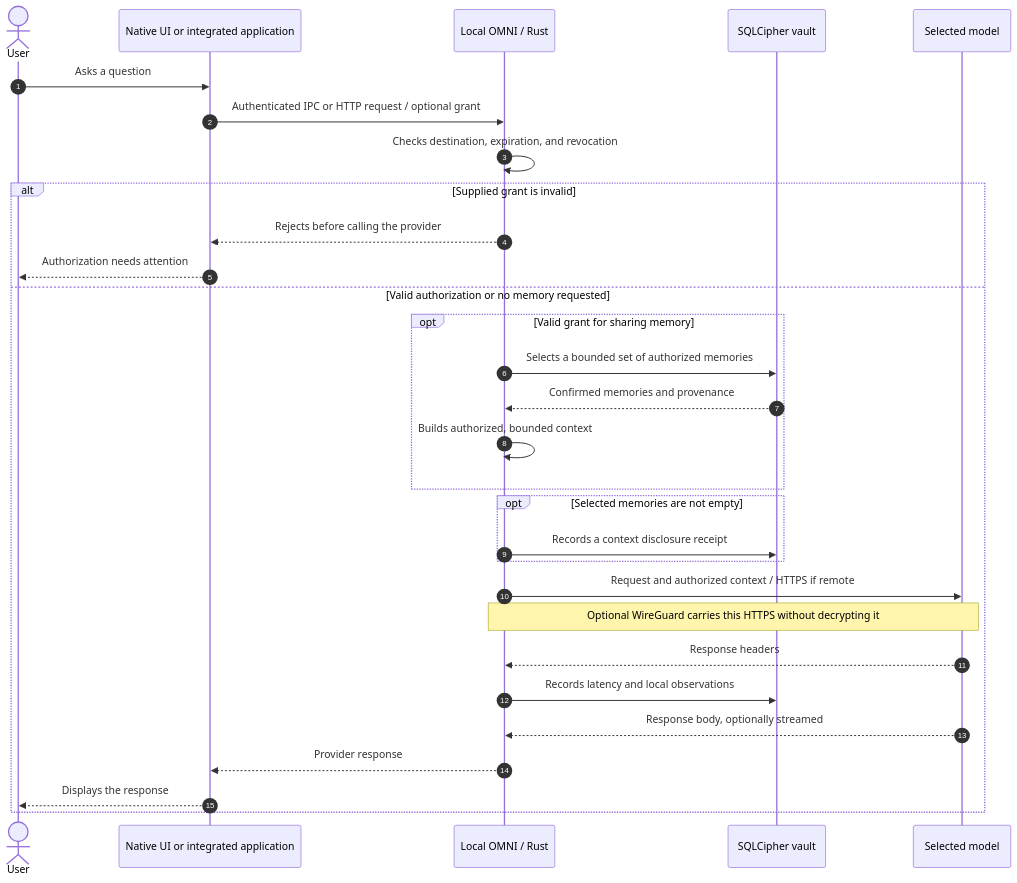
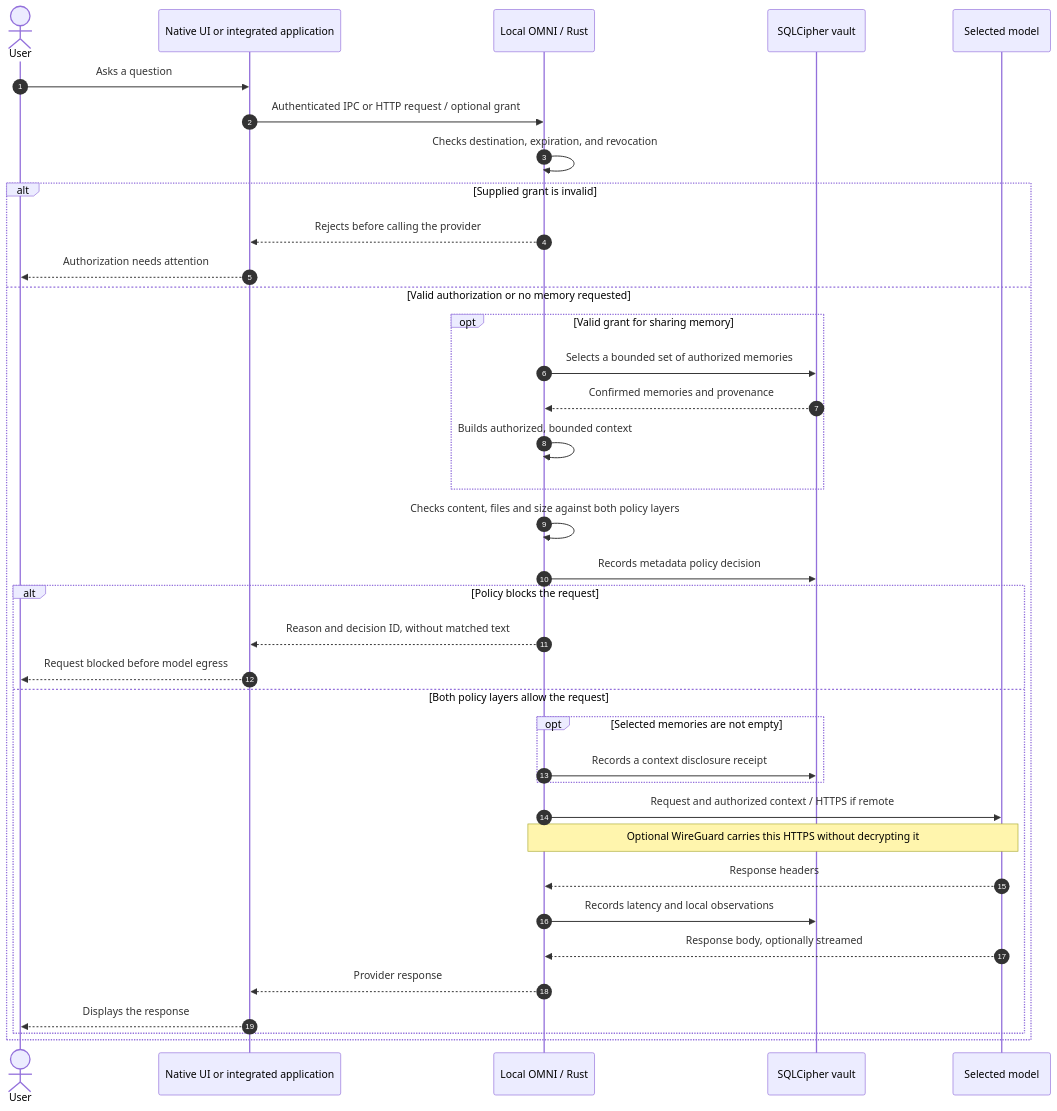
Before and after one commit to nabz0r/OMNI-OS: the first of 6 diagrams in DIAGRAMS.md, drawn with Mermaid. The commit also changed other lines of this file and 37 other files, not shown here.

Commit message:
Enforce local and managed AI request policies with a visual policy console

````diff
--- a/DIAGRAMS.md
+++ b/DIAGRAMS.md
@@ -11,33 +11,40 @@
 ```mermaid
 sequenceDiagram
     autonumber
     actor User as User
     participant UI as Native UI or integrated application
     participant Core as Local OMNI / Rust
     participant Vault as SQLCipher vault
     participant LLM as Selected model
 
     User->>UI: Asks a question
     UI->>Core: Authenticated IPC or HTTP request / optional grant
     Core->>Core: Checks destination, expiration, and revocation
     alt Supplied grant is invalid
         Core-->>UI: Rejects before calling the provider
         UI-->>User: Authorization needs attention
     else Valid authorization or no memory requested
         opt Valid grant for sharing memory
             Core->>Vault: Selects a bounded set of authorized memories
             Vault-->>Core: Confirmed memories and provenance
             Core->>Core: Builds authorized, bounded context
         end
-        opt Selected memories are not empty
-            Core->>Vault: Records a context disclosure receipt
+        Core->>Core: Checks content, files and size against both policy layers
+        Core->>Vault: Records metadata policy decision
+        alt Policy blocks the request
+            Core-->>UI: Reason and decision ID, without matched text
+            UI-->>User: Request blocked before model egress
+        else Both policy layers allow the request
+            opt Selected memories are not empty
+                Core->>Vault: Records a context disclosure receipt
+            end
+            Core->>LLM: Request and authorized context / HTTPS if remote
+            Note over Core,LLM: Optional WireGuard carries this HTTPS without decrypting it
+            LLM-->>Core: Response headers
+            Core->>Vault: Records latency and local observations
+            LLM-->>Core: Response body, optionally streamed
+            Core-->>UI: Provider response
+            UI-->>User: Displays the response
         end
-        Core->>LLM: Request and authorized context / HTTPS if remote
-        Note over Core,LLM: Optional WireGuard carries this HTTPS without decrypting it
-        LLM-->>Core: Response headers
-        Core->>Vault: Records latency and local observations
-        LLM-->>Core: Response body, optionally streamed
-        Core-->>UI: Provider response
-        UI-->>User: Displays the response
     end
 ```
````
